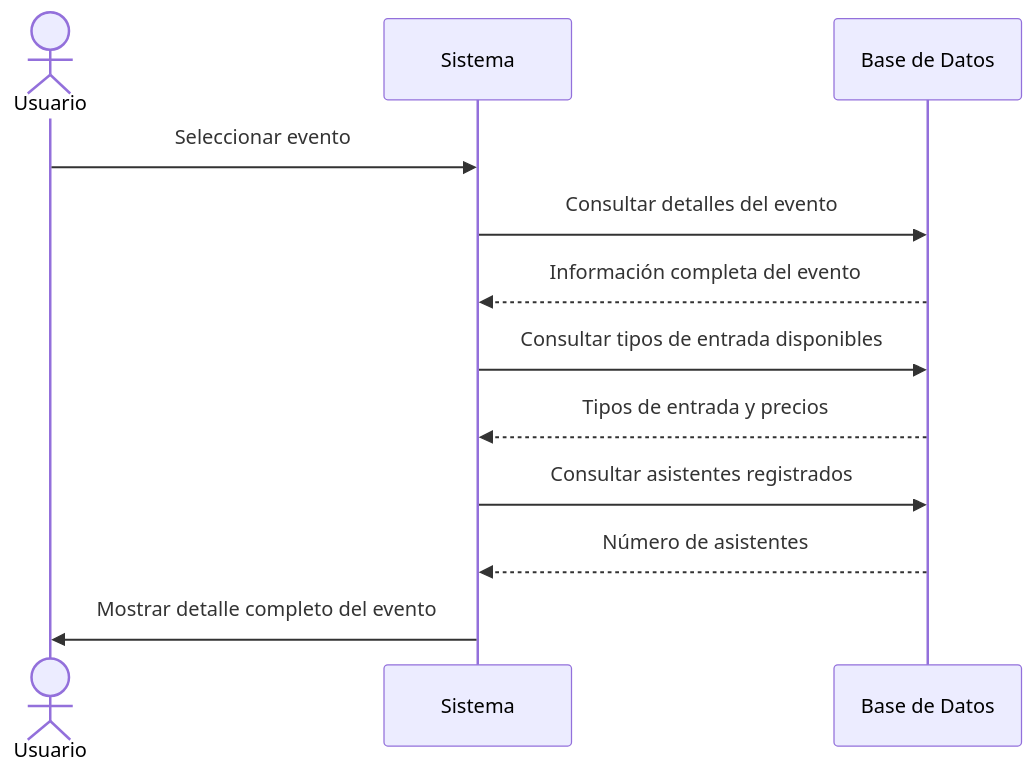
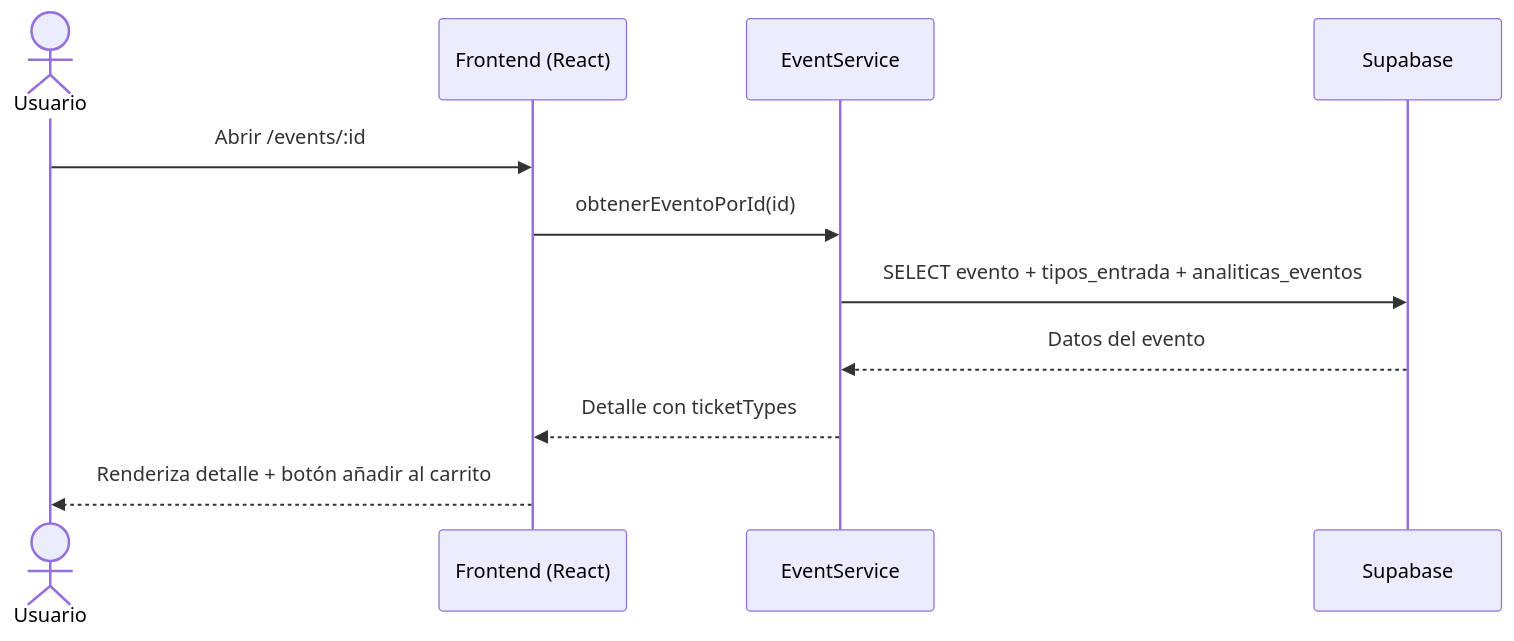
One commit to Deibyd07/Gestion-de-Eventos changed the eighth of 33 diagrams in Documentacion/Diagramas/Diagrama_Secuencias.md. Above: the diagram before and after it, drawn with Mermaid. The commit also changed other lines of this file, not shown here.

Commit message:
Update sequence diagrams to reflect actual implementation

````diff
--- a/Documentacion/Diagramas/Diagrama_Secuencias.md
+++ b/Documentacion/Diagramas/Diagrama_Secuencias.md
@@ -170,15 +146,14 @@
 ```mermaid
 sequenceDiagram
     actor Usuario
-    participant Sistema
-    participant BD as Base de Datos
-    
-    Usuario->>Sistema: Seleccionar evento
-    Sistema->>BD: Consultar detalles del evento
-    BD-->>Sistema: Información completa del evento
-    Sistema->>BD: Consultar tipos de entrada disponibles
-    BD-->>Sistema: Tipos de entrada y precios
-    Sistema->>BD: Consultar asistentes registrados
-    BD-->>Sistema: Número de asistentes
-    Sistema->>Usuario: Mostrar detalle completo del evento
+    participant App as Frontend (React)
+    participant EventSvc as EventService
+    participant BD as Supabase
+
+    Usuario->>App: Abrir /events/:id
+    App->>EventSvc: obtenerEventoPorId(id)
+    EventSvc->>BD: SELECT evento + tipos_entrada + analiticas_eventos
+    BD-->>EventSvc: Datos del evento
+    EventSvc-->>App: Detalle con ticketTypes
+    App-->>Usuario: Renderiza detalle + botón añadir al carrito
 ```
````
